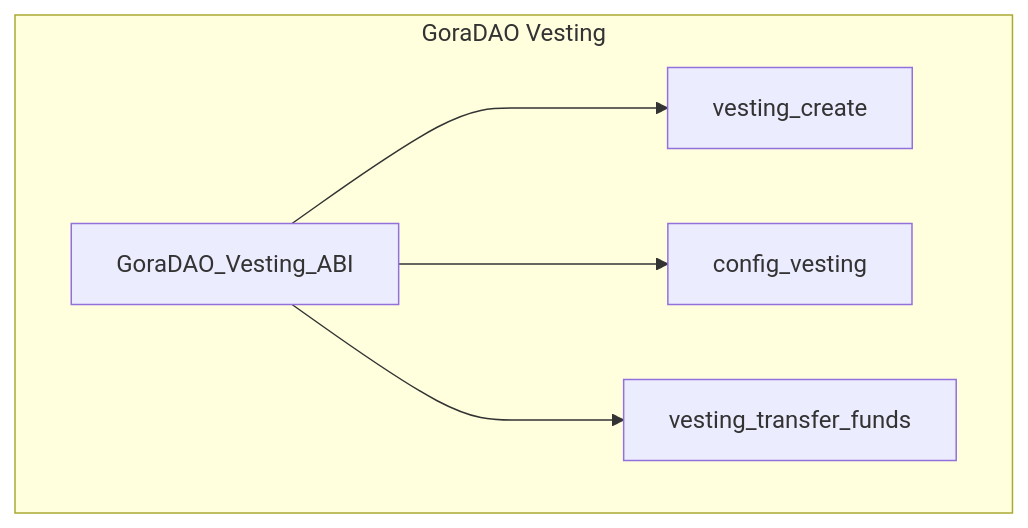
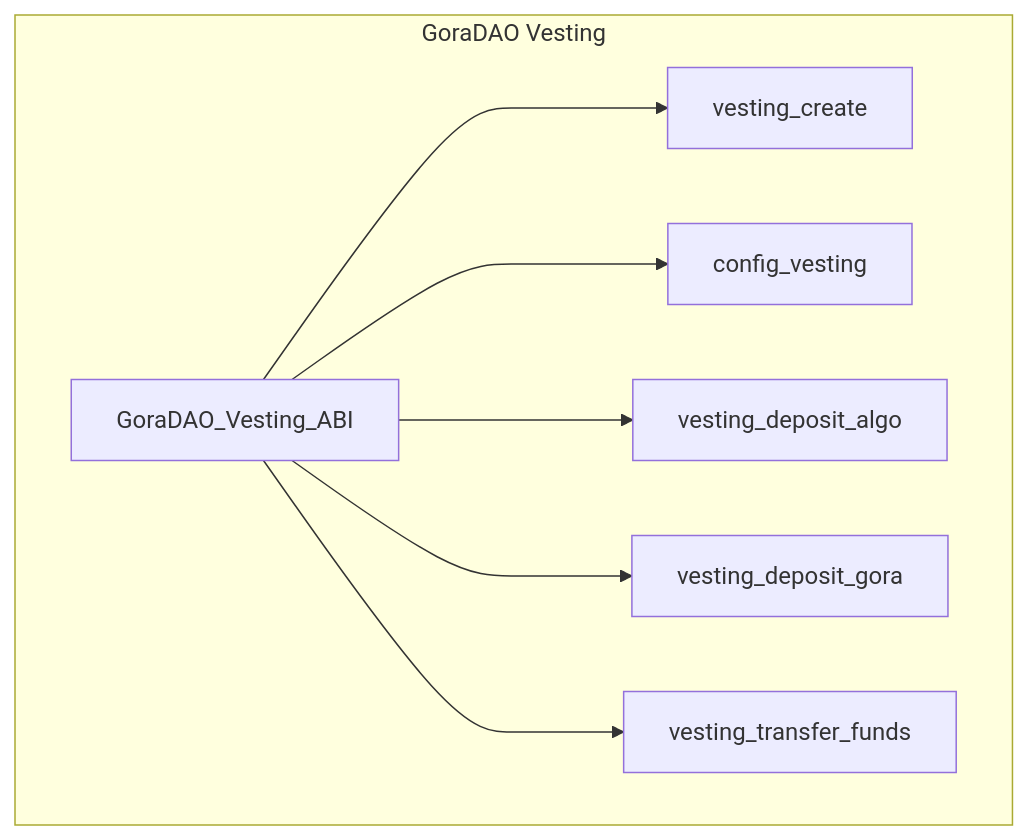
One commit to GoraNetwork/gora-dao-smartcontracts changed the eighth of 8 diagrams in README.md. Above: the diagram before and after it, drawn with Mermaid.

````diff
--- a/README.md
+++ b/README.md
@@ -298,21 +298,23 @@
 ```mermaid
 
 graph TB
  
       subgraph GoraDAO Vesting
             GoraDAO_Vesting[GoraDAO_Vesting_ABI]
             Vesting_Create[vesting_create]
             Configure_Vesting[config_vesting]
+            Vesting_Deposit_Algo[vesting_deposit_algo]
+            Vesting_Deposit_Gora[vesting_deposit_gora]
             Vesting_Transfer_Funds[vesting_transfer_funds]
- 
-       
         end
       
 
       GoraDAO_Vesting[GoraDAO_Vesting_ABI] ---> Vesting_Create
       GoraDAO_Vesting[GoraDAO_Vesting_ABI] ---> Configure_Vesting
+      GoraDAO_Vesting[GoraDAO_Vesting_ABI] ---> Vesting_Deposit_Algo
+      GoraDAO_Vesting[GoraDAO_Vesting_ABI] ---> Vesting_Deposit_Gora
       GoraDAO_Vesting[GoraDAO_Vesting_ABI] ---> Vesting_Transfer_Funds
 
  
 
 ```
````
